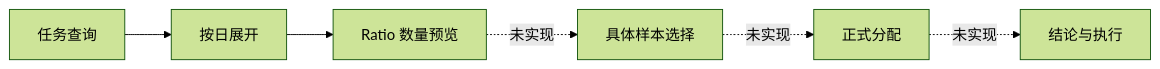
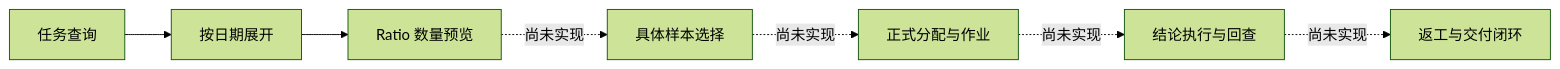
Before and after one commit to pokemonAndCodeMaster/omni-brain: the second of 2 diagrams in knowledge/domains/quality/manual/overview.md, drawn with Mermaid (forest theme). The commit also changed other lines of this file and 24 other files, not shown here.

````diff
--- a/knowledge/domains/quality/manual/overview.md
+++ b/knowledge/domains/quality/manual/overview.md
@@ -66,8 +87,9 @@
-```mermaid
+~~~mermaid
 flowchart LR
-    Q[任务查询] --> D[按日展开]
+    Q[任务查询] --> D[按日期展开]
     D --> P[Ratio 数量预览]
-    P -.未实现.-> X[具体样本选择]
-    X -.未实现.-> E[正式分配]
-    E -.未实现.-> C[结论与执行]
-```
+    P -.尚未实现.-> X[具体样本选择]
+    X -.尚未实现.-> A[正式分配与作业]
+    A -.尚未实现.-> E[结论执行与回查]
+    E -.尚未实现.-> C[返工与交付闭环]
+~~~
````
